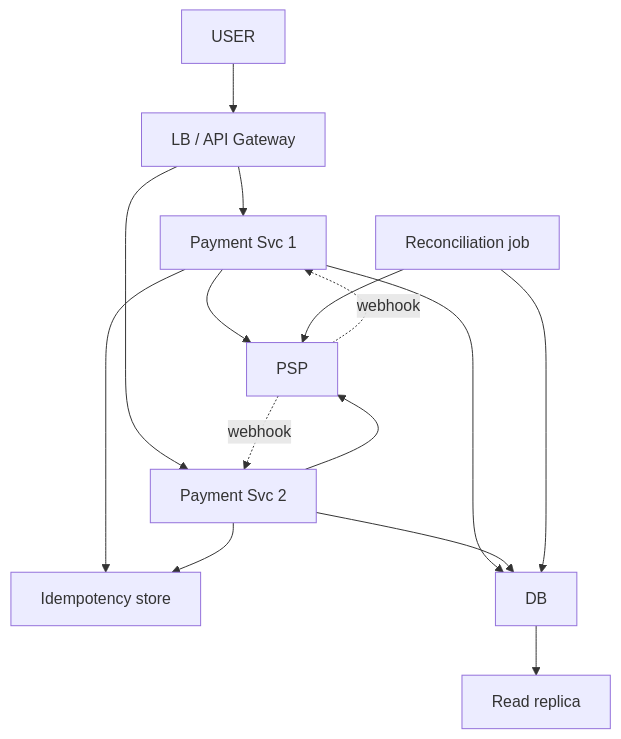
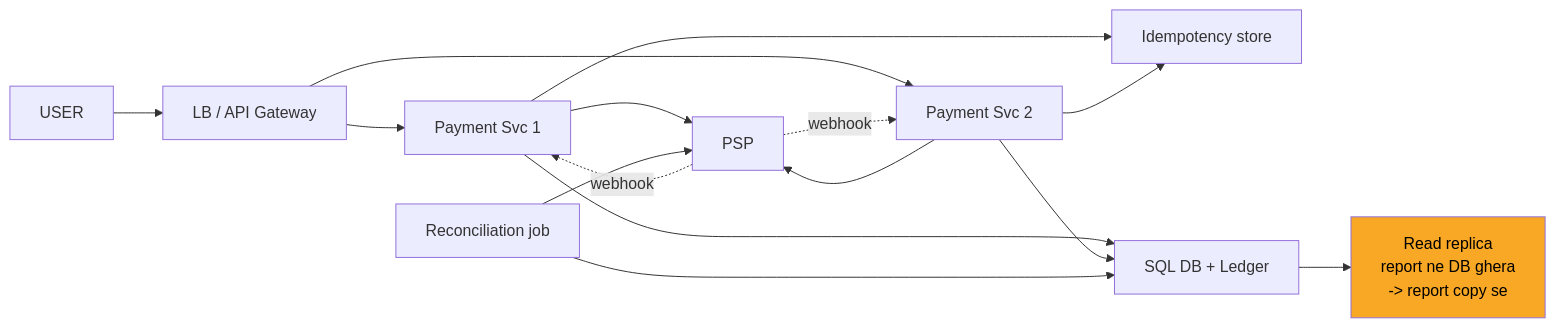
The tenth of 12 diagrams in 04_HLD/SYSTEM_DESIGNS/06_payment_system/06_payment_system.md (ArpanMaheshwari144/Prep), drawn with Mermaid before and after one commit. The commit also changed other lines of this file and 2 other files, not shown here.

Commit message:
notification, payment, file upload: one-day story, short cards, follow-ups with rules, highlighted diagrams

````diff
--- a/04_HLD/SYSTEM_DESIGNS/06_payment_system/06_payment_system.md
+++ b/04_HLD/SYSTEM_DESIGNS/06_payment_system/06_payment_system.md
@@ -379,26 +382,27 @@
 ```mermaid
-flowchart TD
+flowchart LR
     n_USER["USER"]
     n_LB_API_Gateway["LB / API Gateway"]
     n_Payment_Svc_x_N_1["Payment Svc 1"]
     n_Payment_Svc_x_N_2["Payment Svc 2"]
     n_Idempotency_store["Idempotency store"]
     n_PSP["PSP"]
-    n_DB["DB"]
-    n_Read_replica["Read replica"]
+    n_DB["SQL DB + Ledger"]
+    n_Read_replica["Read replica<br/>report ne DB ghera<br/>-> report copy se"]
     n_Reconciliation_job["Reconciliation job"]
     n_USER --> n_LB_API_Gateway
     n_LB_API_Gateway --> n_Payment_Svc_x_N_1
     n_LB_API_Gateway --> n_Payment_Svc_x_N_2
     n_Payment_Svc_x_N_1 --> n_Idempotency_store
     n_Payment_Svc_x_N_2 --> n_Idempotency_store
     n_Payment_Svc_x_N_1 --> n_PSP
     n_Payment_Svc_x_N_2 --> n_PSP
     n_Payment_Svc_x_N_1 --> n_DB
     n_Payment_Svc_x_N_2 --> n_DB
     n_DB --> n_Read_replica
     n_Reconciliation_job --> n_DB
     n_Reconciliation_job --> n_PSP
     n_PSP -.->|webhook| n_Payment_Svc_x_N_1
     n_PSP -.->|webhook| n_Payment_Svc_x_N_2
+    style n_Read_replica fill:#f9a825,color:#000
 ```
````
